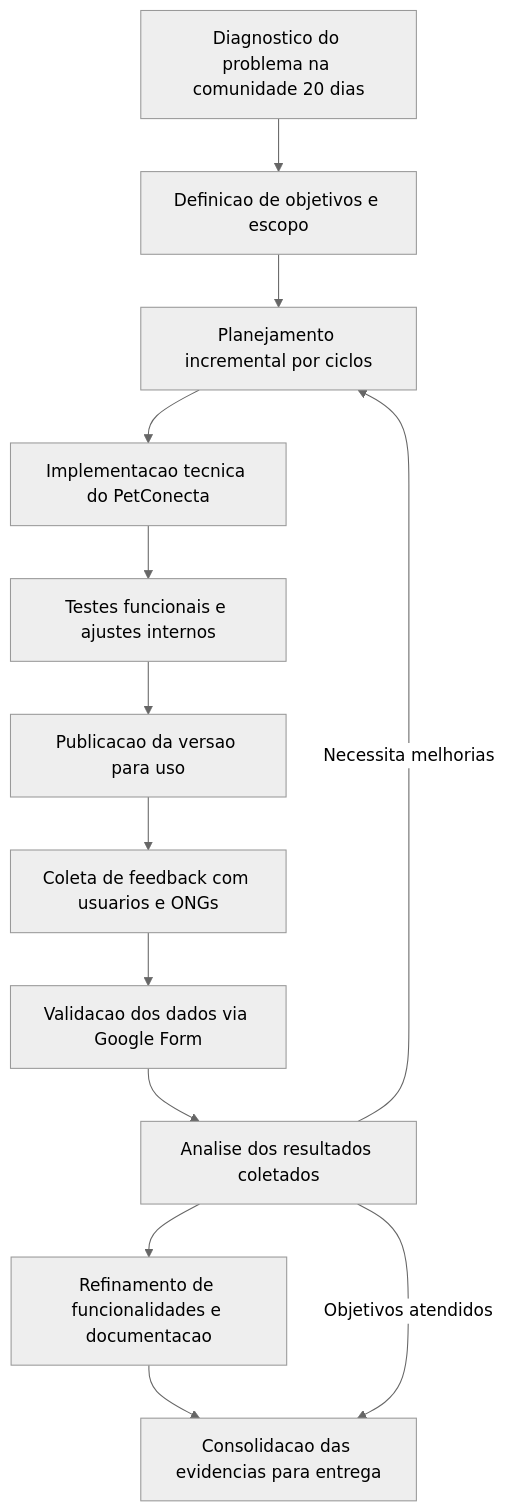
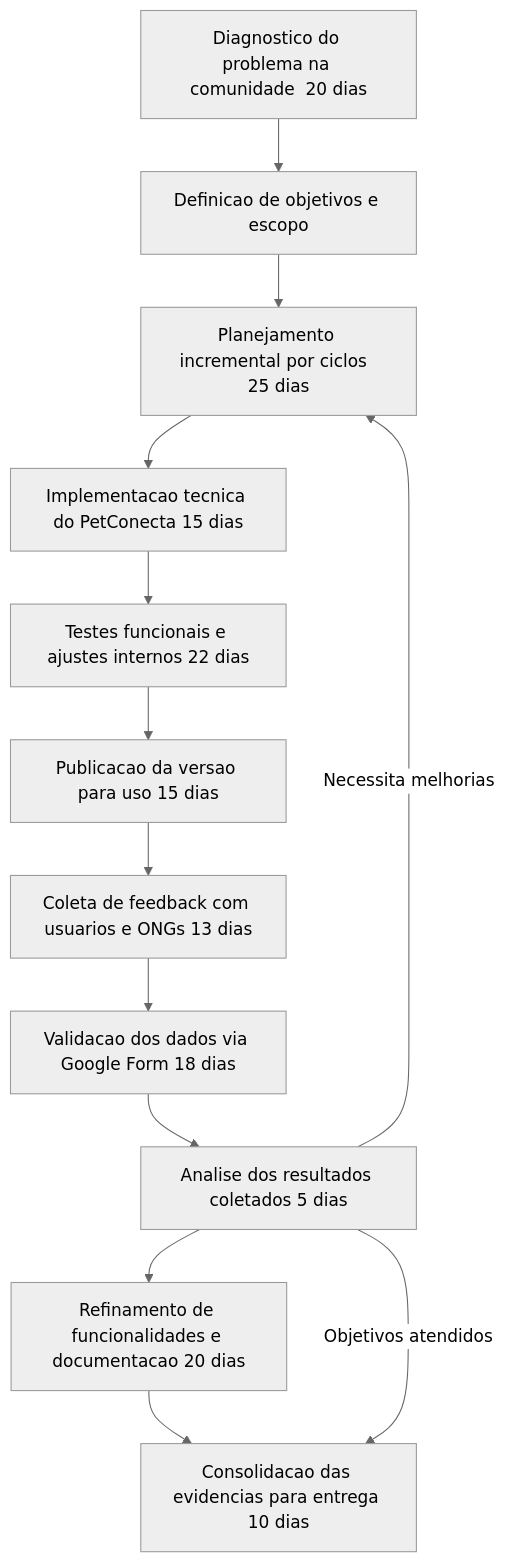
Before and after one commit to Reminsonrps/PetConecta: the diagram in docs/diagrama-metodologia-extensionista.md, drawn with Mermaid (neutral theme).

````diff
--- a/docs/diagrama-metodologia-extensionista.md
+++ b/docs/diagrama-metodologia-extensionista.md
@@ -3,16 +3,16 @@
 ```mermaid
 flowchart TD
-    A[Diagnostico do problema na comunidade 20 dias] --> B[Definicao de objetivos e escopo]
-    B --> C[Planejamento incremental por ciclos]
-    C --> D[Implementacao tecnica do PetConecta]
-    D --> E[Testes funcionais e ajustes internos]
-    E --> F[Publicacao da versao para uso]
-    F --> G[Coleta de feedback com usuarios e ONGs]
-    G --> H[Validacao dos dados via Google Form]
-    H --> I[Analise dos resultados coletados]
-    I --> J[Refinamento de funcionalidades e documentacao]
-    J --> K[Consolidacao das evidencias para entrega]
+    A[Diagnostico do problema na comunidade  20 dias] --> B[Definicao de objetivos e escopo]
+    B --> C[Planejamento incremental por ciclos  25 dias]
+    C --> D[Implementacao tecnica do PetConecta 15 dias]
+    D --> E[Testes funcionais e ajustes internos 22 dias]
+    E --> F[Publicacao da versao para uso 15 dias]
+    F --> G[Coleta de feedback com usuarios e ONGs 13 dias]
+    G --> H[Validacao dos dados via Google Form 18 dias]
+    H --> I[Analise dos resultados coletados 5 dias]
+    I --> J[Refinamento de funcionalidades e documentacao 20 dias]
+    J --> K[Consolidacao das evidencias para entrega 10 dias]
 
     I -- Necessita melhorias --> C
     I -- Objetivos atendidos --> K
 ```
````
